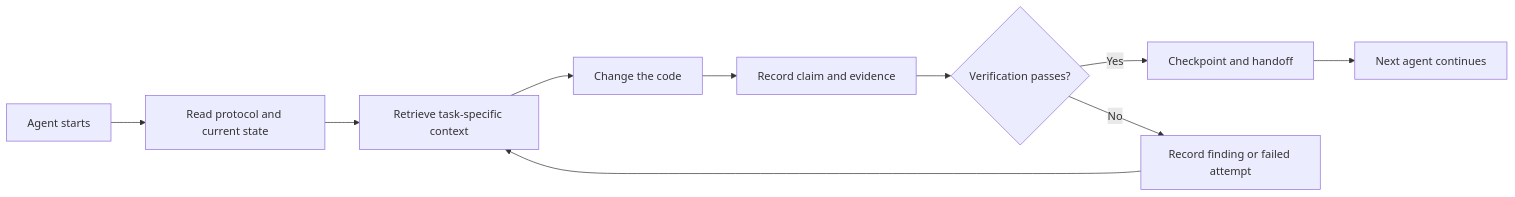
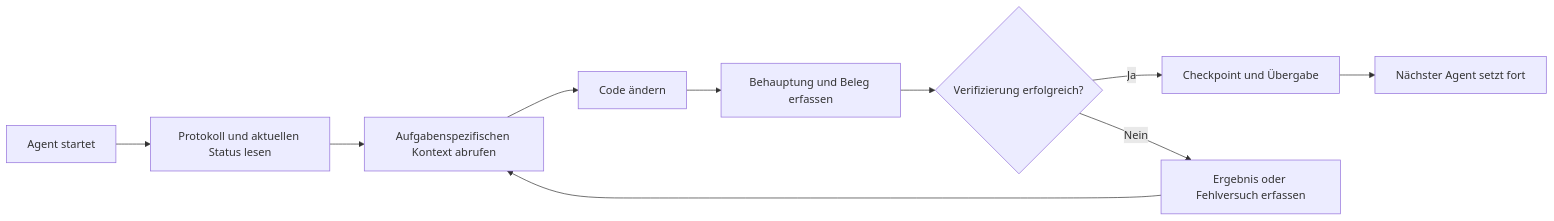
One commit to seekua/ArifCE changed the diagram in README.de.md. Above: the diagram before and after it, drawn with Mermaid. The commit also changed 3 other files, not shown here.

Commit message:
docs: translate localized README diagrams

````diff
--- a/README.de.md
+++ b/README.de.md
@@ -44,12 +44,12 @@
 ```mermaid
 flowchart LR
-    A[Agent starts] --> B[Read protocol and current state]
-    B --> C[Retrieve task-specific context]
-    C --> D[Change the code]
-    D --> E[Record claim and evidence]
-    E --> F{Verification passes?}
-    F -- Yes --> G[Checkpoint and handoff]
-    F -- No --> H[Record finding or failed attempt]
+    A[Agent startet] --> B[Protokoll und aktuellen Status lesen]
+    B --> C[Aufgabenspezifischen Kontext abrufen]
+    C --> D[Code ändern]
+    D --> E[Behauptung und Beleg erfassen]
+    E --> F{Verifizierung erfolgreich?}
+    F -- Ja --> G[Checkpoint und Übergabe]
+    F -- Nein --> H[Ergebnis oder Fehlversuch erfassen]
     H --> C
-    G --> I[Next agent continues]
+    G --> I[Nächster Agent setzt fort]
 ```
````
